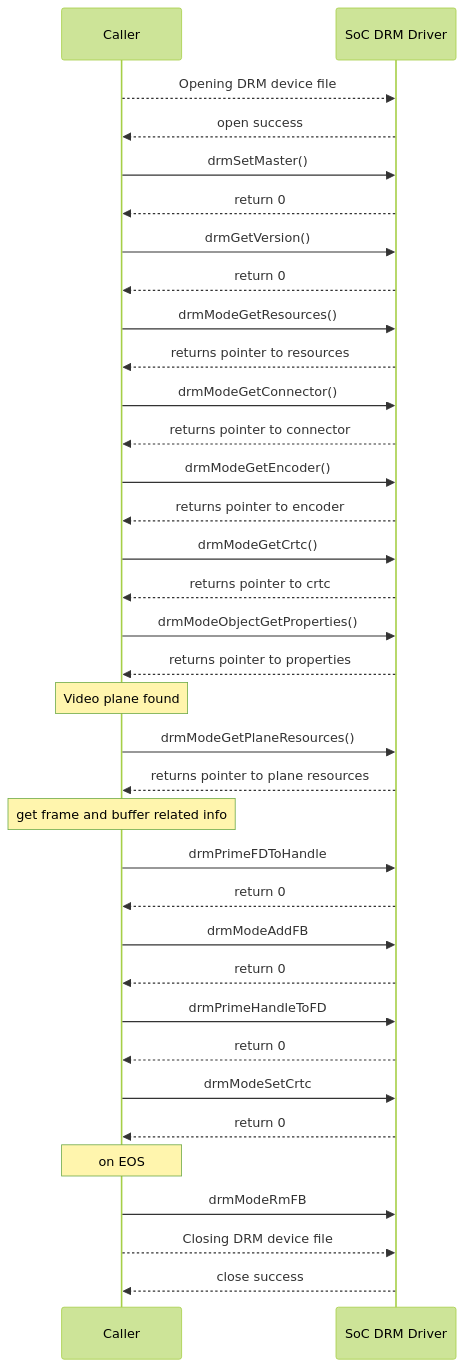
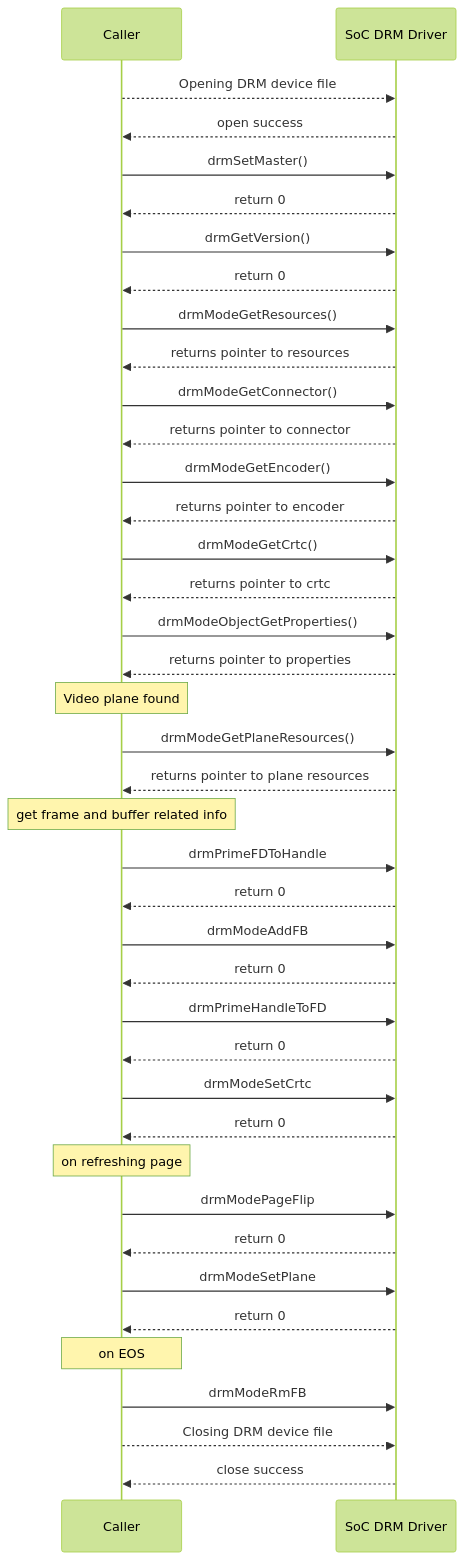
Before and after one commit to rdkcentral/rdk-halif-libdrm: the second of 2 diagrams in docs/pages/libdrm_halSpec.md, drawn with Mermaid (forest theme). The commit also changed other lines of this file, not shown here.

````diff
--- a/docs/pages/libdrm_halSpec.md
+++ b/docs/pages/libdrm_halSpec.md
@@ -189,43 +188,49 @@
 ```mermaid
 
 sequenceDiagram
 participant Caller
 participant SoC DRM Driver
 
 Caller-->>SoC DRM Driver: Opening DRM device file
 SoC DRM Driver-->>Caller: open success
 Caller->>SoC DRM Driver:drmSetMaster()
 SoC DRM Driver-->>Caller:return 0
 Caller->>SoC DRM Driver:drmGetVersion()
 SoC DRM Driver-->>Caller:return 0
 Caller->>SoC DRM Driver:drmModeGetResources()
 SoC DRM Driver-->>Caller: returns pointer to resources
 Caller->>SoC DRM Driver:drmModeGetConnector()
 SoC DRM Driver-->>Caller: returns pointer to connector
 Caller->>SoC DRM Driver:drmModeGetEncoder()
 SoC DRM Driver-->>Caller:returns pointer to encoder
 Caller->>SoC DRM Driver:drmModeGetCrtc()
 SoC DRM Driver-->>Caller:returns pointer to crtc
 Caller->>SoC DRM Driver:drmModeObjectGetProperties()
 SoC DRM Driver-->>Caller:returns pointer to properties
 
 Note over Caller:Video plane found
 Caller->>SoC DRM Driver:drmModeGetPlaneResources()
 SoC DRM Driver-->>Caller:returns pointer to plane resources
 
 Note over Caller: get frame and buffer related info
 Caller->>SoC DRM Driver:drmPrimeFDToHandle
 SoC DRM Driver-->>Caller:return 0
 Caller->>SoC DRM Driver:drmModeAddFB
 SoC DRM Driver-->>Caller:return 0
 Caller->>SoC DRM Driver:drmPrimeHandleToFD
 SoC DRM Driver-->>Caller:return 0
 Caller->>SoC DRM Driver:drmModeSetCrtc
 SoC DRM Driver-->>Caller:return 0
 
+Note over Caller: on refreshing page
+Caller->>SoC DRM Driver:drmModePageFlip
+SoC DRM Driver-->>Caller:return 0
+Caller->>SoC DRM Driver:drmModeSetPlane
+SoC DRM Driver-->>Caller:return 0
+
 Note over Caller: on EOS
 Caller->>SoC DRM Driver:drmModeRmFB
 Caller-->>SoC DRM Driver: Closing DRM device file
 SoC DRM Driver-->>Caller: close success
 
 ```
````
